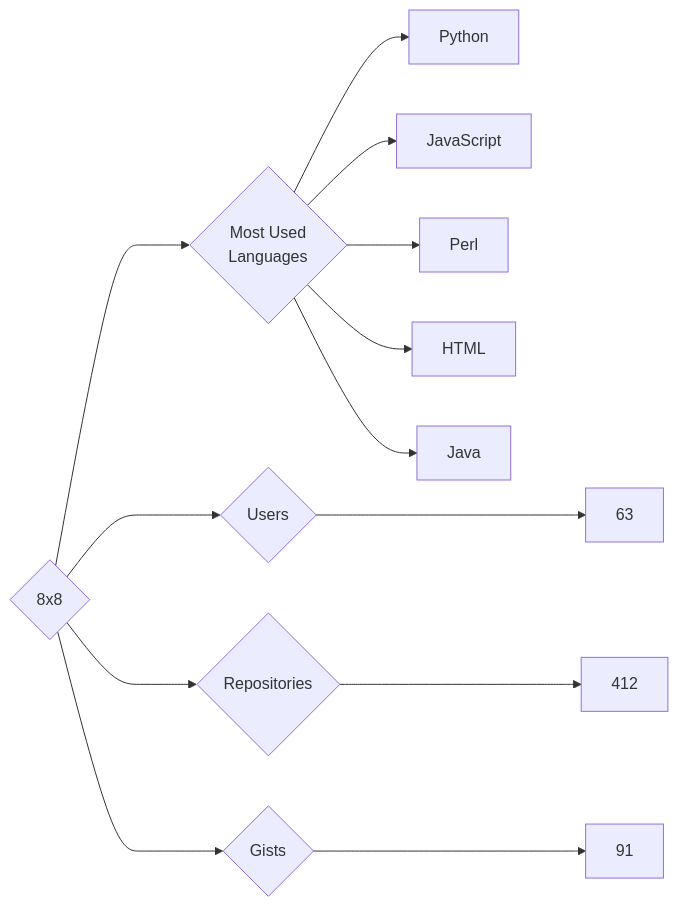
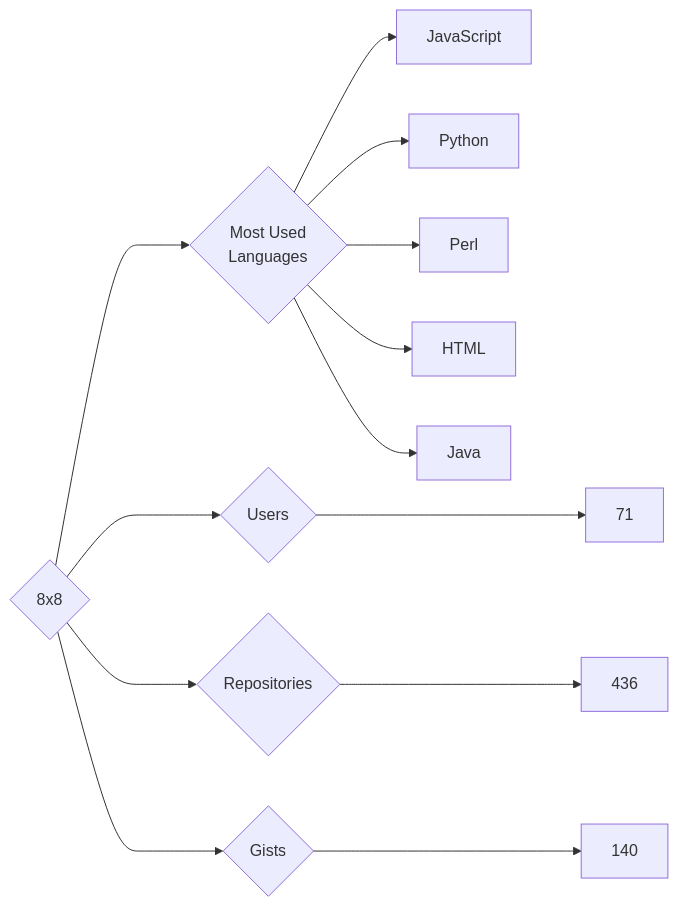
Before and after one commit to trickest/insiders: the diagram in targets/8x8/README.md, drawn with Mermaid. The commit also changed 998 other files, not shown here.

````diff
--- a/targets/8x8/README.md
+++ b/targets/8x8/README.md
@@ -3,13 +3,13 @@
 ```mermaid
 graph LR
 COMPANY_NAME{8x8}
-COMPANY_NAME ---> U{Users} ---> UN[63]
-COMPANY_NAME ---> R{Repositories} ---> RN[412]
-COMPANY_NAME ---> G{Gists} ---> GN[91]
+COMPANY_NAME ---> U{Users} ---> UN[71]
+COMPANY_NAME ---> R{Repositories} ---> RN[436]
+COMPANY_NAME ---> G{Gists} ---> GN[140]
 COMPANY_NAME ---> ML{Most Used<br>Languages}
+ML --> JavaScript[JavaScript]
 ML --> Python[Python]
-ML --> JavaScript[JavaScript]
 ML --> Perl[Perl]
 ML --> HTML[HTML]
 ML --> Java[Java]
 ```
````
